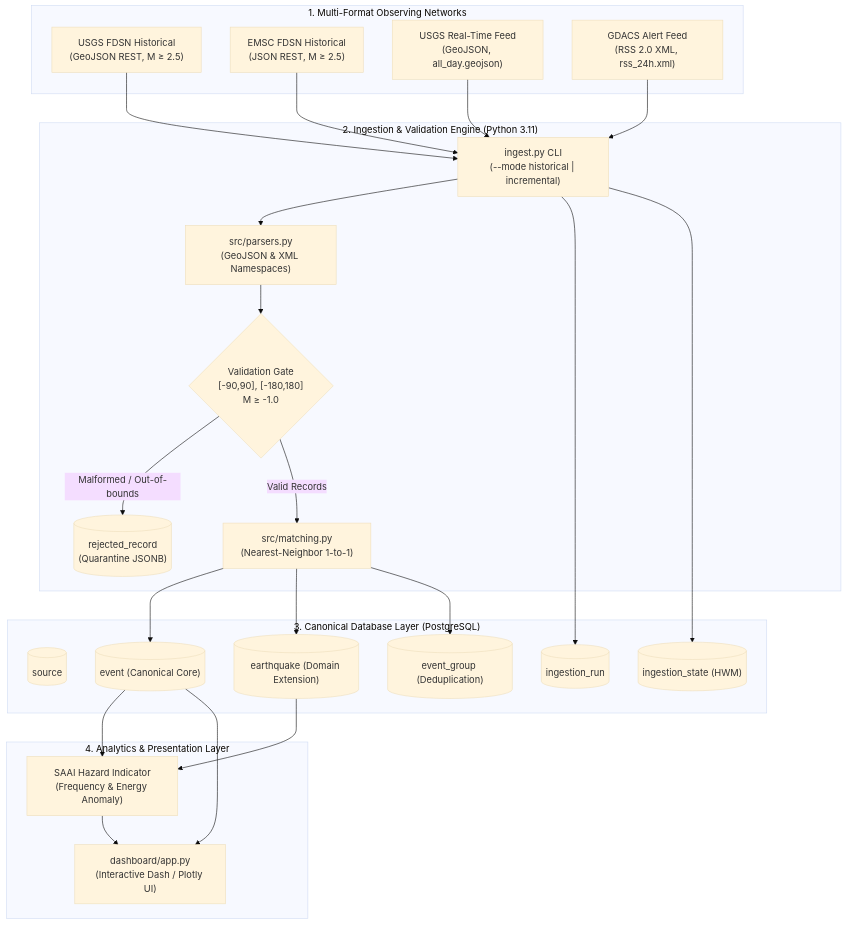
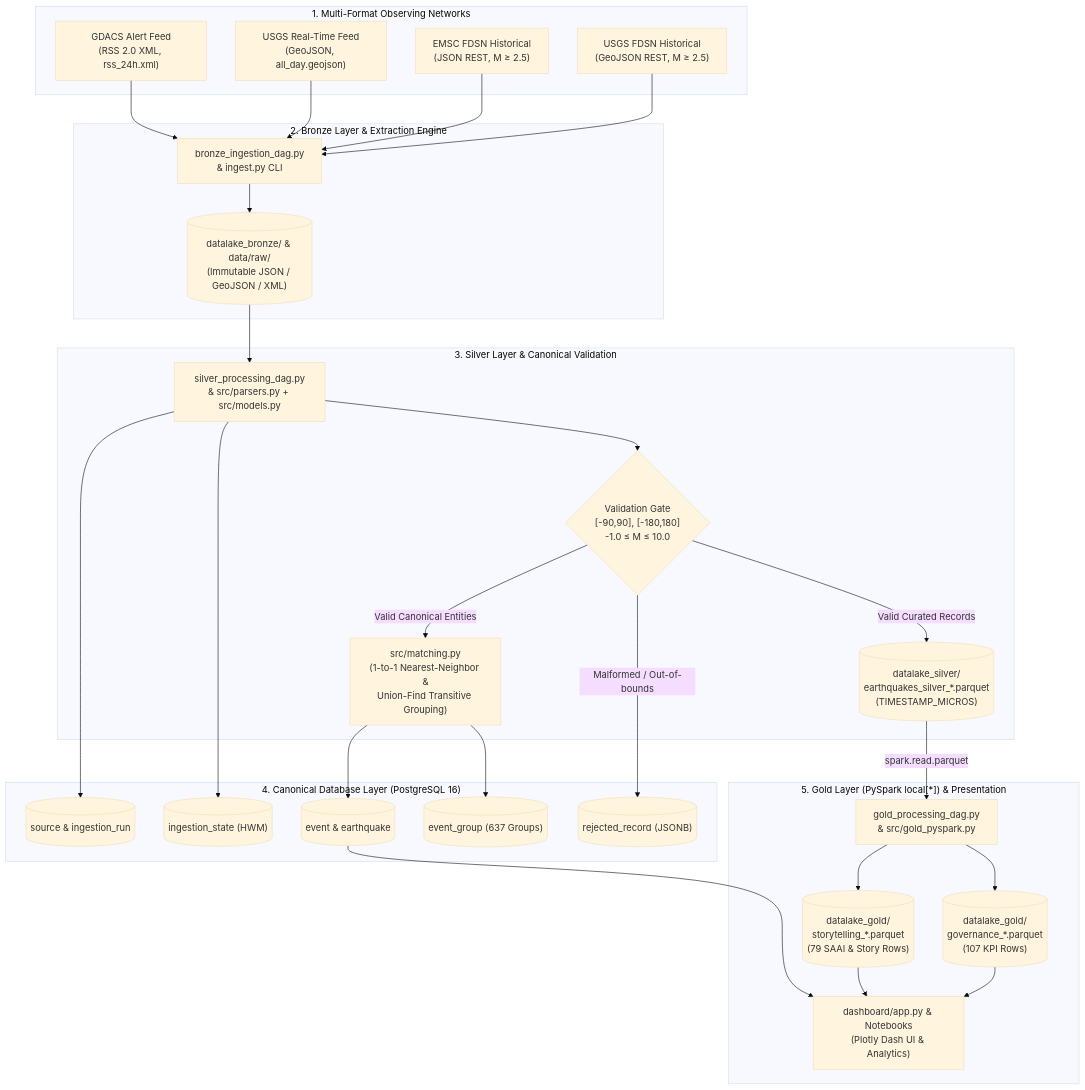
One commit to AngeloIbanez/earthquake-monitoring-team_1 changed the diagram in README.md. Above: the diagram before and after it, drawn with Mermaid (base theme). The commit also changed other lines of this file and 82 other files, not shown here.

Commit message:
feat(workshop-3): implement Silver-to-Gold PySpark pipeline, multi-source Bronze/Silver upgrades, incremental watermarks, cross-source event_group matching, notebooks, and LaTeX report

````diff
--- a/README.md
+++ b/README.md
@@ -33,52 +35,60 @@
 ```mermaid
 flowchart TD
     subgraph SOURCES["1. Multi-Format Observing Networks"]
         U_HIST["USGS FDSN Historical<br>(GeoJSON REST, M ≥ 2.5)"]
         E_HIST["EMSC FDSN Historical<br>(JSON REST, M ≥ 2.5)"]
         U_INC["USGS Real-Time Feed<br>(GeoJSON, all_day.geojson)"]
         G_INC["GDACS Alert Feed<br>(RSS 2.0 XML, rss_24h.xml)"]
     end
 
-    subgraph ENGINE["2. Ingestion & Validation Engine (Python 3.11)"]
-        CLI["ingest.py CLI<br>(--mode historical | incremental)"]
-        PARS["src/parsers.py<br>(GeoJSON & XML Namespaces)"]
-        VAL{"Validation Gate<br>[-90,90], [-180,180]<br>M ≥ -1.0"}
-        REJ[("rejected_record<br>(Quarantine JSONB)")]
-        MATCH["src/matching.py<br>(Nearest-Neighbor 1-to-1)"]
+    subgraph BRONZE["2. Bronze Layer & Extraction Engine"]
+        B_DAG["bronze_ingestion_dag.py<br>& ingest.py CLI"]
+        B_STORE[("datalake_bronze/ & data/raw/<br>(Immutable JSON / GeoJSON / XML)")]
     end
 
-    subgraph STORAGE["3. Canonical Database Layer (PostgreSQL)"]
-        SRC[("source")]
-        RUN[("ingestion_run")]
-        ST[("ingestion_state (HWM)")]
-        EV[("event (Canonical Core)")]
-        EQ[("earthquake (Domain Extension)")]
-        GRP[("event_group (Deduplication)")]
+    subgraph SILVER["3. Silver Layer & Canonical Validation"]
+        S_DAG["silver_processing_dag.py<br>& src/parsers.py + src/models.py"]
+        VAL{"Validation Gate<br>[-90,90], [-180,180]<br>-1.0 ≤ M ≤ 10.0"}
+        S_PQ[("datalake_silver/<br>earthquakes_silver_*.parquet<br>(TIMESTAMP_MICROS)")]
+        MATCH["src/matching.py<br>(1-to-1 Nearest-Neighbor &<br>Union-Find Transitive Grouping)"]
     end
 
-    subgraph ANALYTICS["4. Analytics & Presentation Layer"]
-        SAAI["SAAI Hazard Indicator<br>(Frequency & Energy Anomaly)"]
-        DASH["dashboard/app.py<br>(Interactive Dash / Plotly UI)"]
+    subgraph STORAGE["4. Canonical Database Layer (PostgreSQL 16)"]
+        SRC[("source & ingestion_run")]
+        ST[("ingestion_state (HWM)")]
+        EV[("event & earthquake")]
+        GRP[("event_group (637 Groups)")]
+        REJ[("rejected_record (JSONB)")]
     end
 
-    U_HIST --> CLI
-    E_HIST --> CLI
-    U_INC --> CLI
-    G_INC --> CLI
+    subgraph GOLD["5. Gold Layer (PySpark local[*]) & Presentation"]
+        G_DAG["gold_processing_dag.py<br>& src/gold_pyspark.py"]
+        G_GOV[("datalake_gold/<br>governance_*.parquet<br>(107 KPI Rows)")]
+        G_STR[("datalake_gold/<br>storytelling_*.parquet<br>(79 SAAI & Story Rows)")]
+        DASH["dashboard/app.py & Notebooks<br>(Plotly Dash UI & Analytics)"]
+    end
 
-    CLI --> PARS
-    PARS --> VAL
+    U_HIST --> B_DAG
+    E_HIST --> B_DAG
+    U_INC --> B_DAG
+    G_INC --> B_DAG
+
+    B_DAG --> B_STORE
+    B_STORE --> S_DAG
+    S_DAG --> VAL
     VAL -->|Malformed / Out-of-bounds| REJ
-    VAL -->|Valid Records| MATCH
+    VAL -->|Valid Curated Records| S_PQ
+    VAL -->|Valid Canonical Entities| MATCH
 
     MATCH --> EV
-    MATCH --> EQ
     MATCH --> GRP
-    CLI --> RUN
-    CLI --> ST
+    S_DAG --> SRC
+    S_DAG --> ST
 
-    EV --> SAAI
-    EQ --> SAAI
-    SAAI --> DASH
+    S_PQ -->|spark.read.parquet| G_DAG
+    G_DAG --> G_GOV
+    G_DAG --> G_STR
+    G_GOV --> DASH
+    G_STR --> DASH
     EV --> DASH
 ```
````
